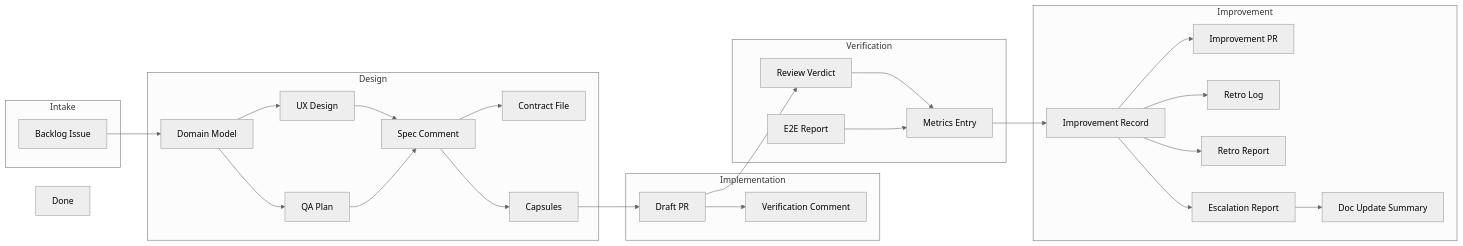
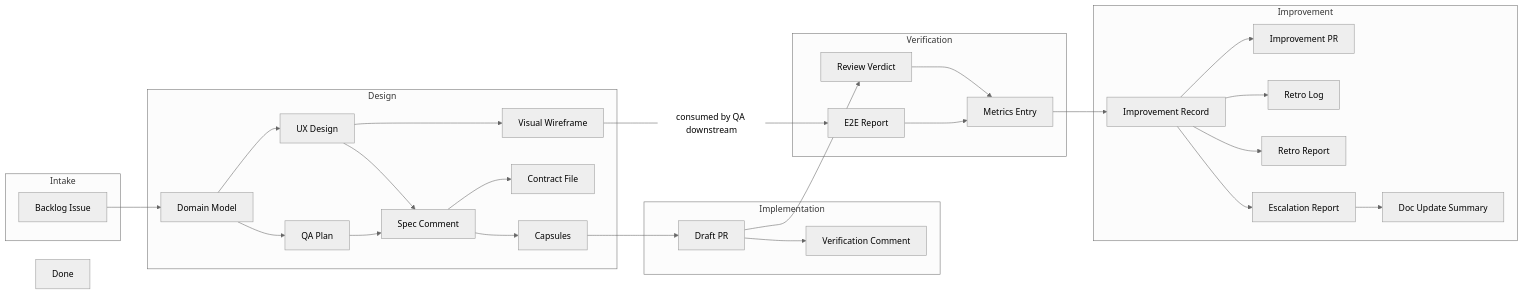
One commit to FredoAi/fredo changed the diagram in docs/workflow/03-artifacts.md. Above: the diagram before and after it, drawn with Mermaid (neutral theme). The commit also changed other lines of this file and 40 other files, not shown here.

First line of the commit message:
feat: add Software Architect and UI/UX Architect subagent specifications

````diff
--- a/docs/workflow/03-artifacts.md
+++ b/docs/workflow/03-artifacts.md
@@ -9,53 +9,56 @@
 ```mermaid
 flowchart LR
     subgraph Intake
         BL[Backlog Issue]
     end
 
     subgraph Design
         DM[Domain Model]
         UX[UX Design]
+        WF[Visual Wireframe]
         QAP[QA Plan]
         SPEC[Spec Comment]
         CONTRACT[Contract File]
         CAPS[Capsules]
     end
 
     subgraph Implementation
         VCOM[Verification Comment]
         DPR[Draft PR]
     end
 
     subgraph Verification
         VERDICT[Review Verdict]
         METRICS[Metrics Entry]
         E2E[E2E Report]
     end
 
     subgraph Improvement
         IREC[Improvement Record]
         IPR[Improvement PR]
         RLOG[Retro Log]
         RREP[Retro Report]
         ESC[Escalation Report]
         DOCSUM[Doc Update Summary]
     end
 
     BL --> DM --> UX
+    UX --> WF
     DM --> QAP
     UX --> SPEC
+    WF --> |consumed by QA downstream| E2E
     QAP --> SPEC
     SPEC --> CONTRACT
     SPEC --> CAPS --> DPR --> VCOM
     DPR --> VERDICT
     VERDICT --> METRICS
     E2E --> METRICS
     METRICS --> IREC
     IREC --> IPR
     IREC --> RLOG
     IREC --> RREP
     IREC --> ESC
 
     ESC --> DOCSUM
     DONE[Done]
 ```
````
